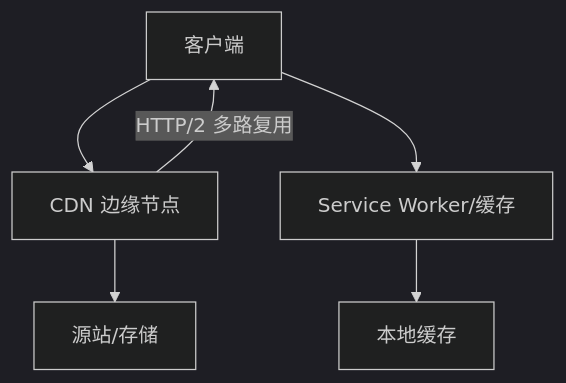
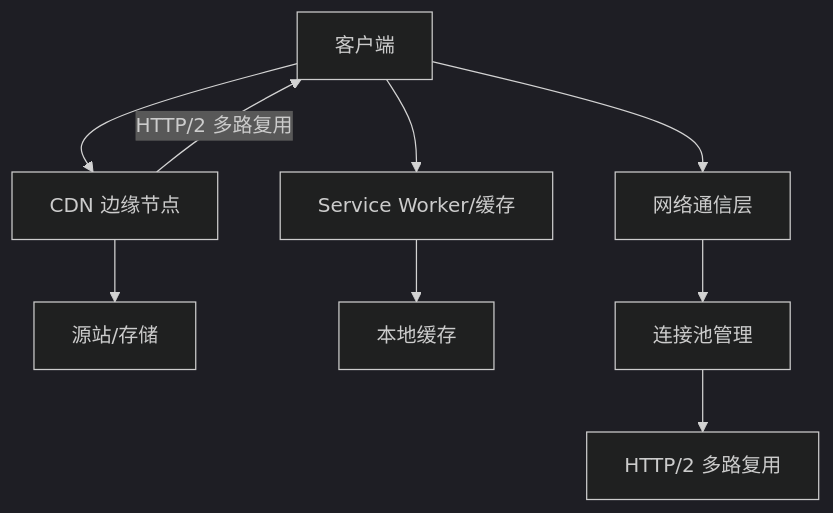
Before and after one commit to rzhangjing/cesium: the seventh of 8 diagrams in .qoder/repowiki/zh/content/性能优化/数据加载优化/数据加载优化.md, drawn with Mermaid (dark theme). The commit also changed other lines of this file and 92 other files, not shown here.

````diff
--- a/.qoder/repowiki/zh/content/性能优化/数据加载优化/数据加载优化.md
+++ b/.qoder/repowiki/zh/content/性能优化/数据加载优化/数据加载优化.md
@@ -241,8 +279,11 @@
 ```mermaid
 graph TB
 Client["客户端"] --> CDN["CDN 边缘节点"]
 CDN --> Origin["源站/存储"]
 Client --> SW["Service Worker/缓存"]
 SW --> Local["本地缓存"]
+Client --> NCL["网络通信层"]
+NCL --> Pool["连接池管理"]
+Pool --> HTTP2["HTTP/2 多路复用"]
 CDN -- "HTTP/2 多路复用" --> Client
 ```
````
